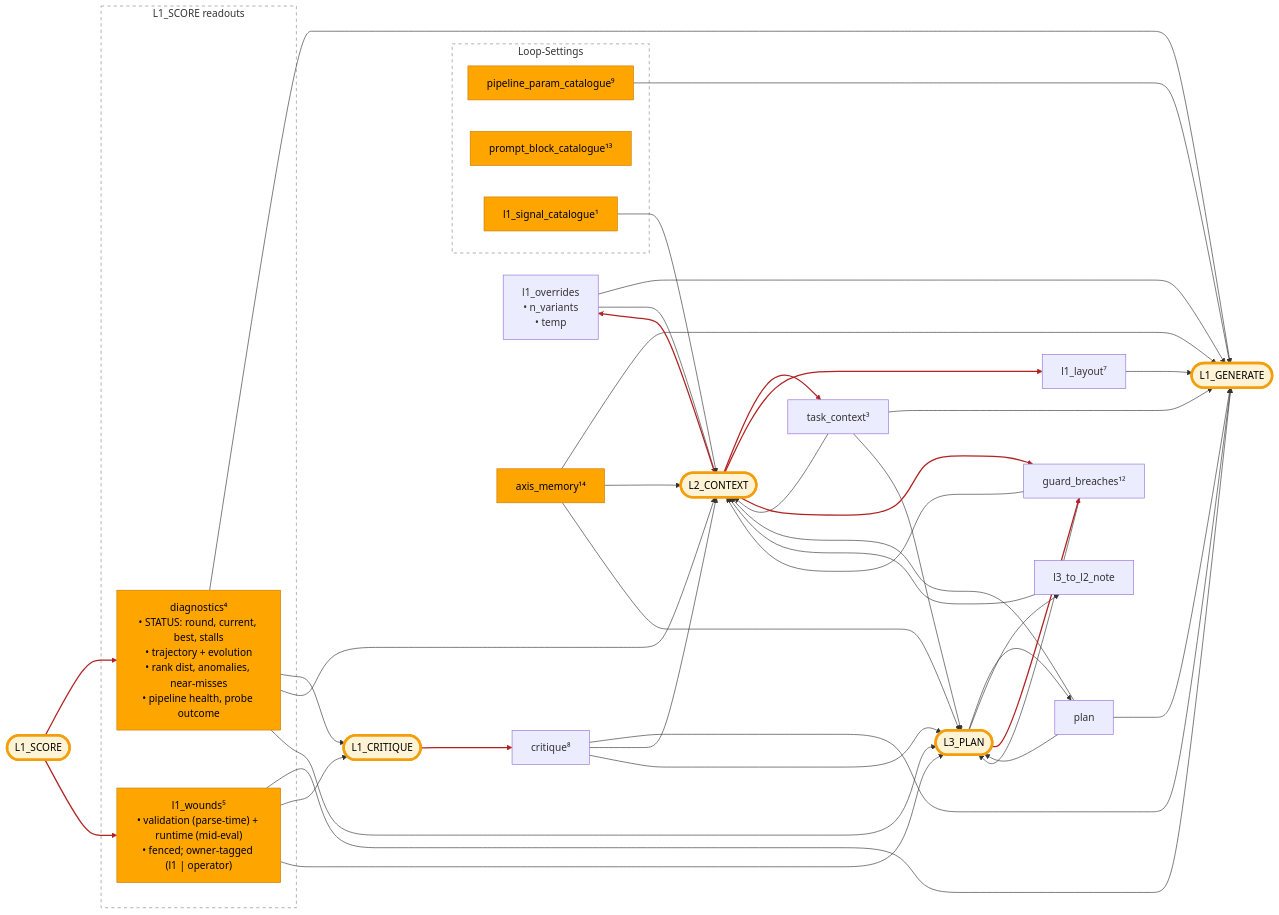
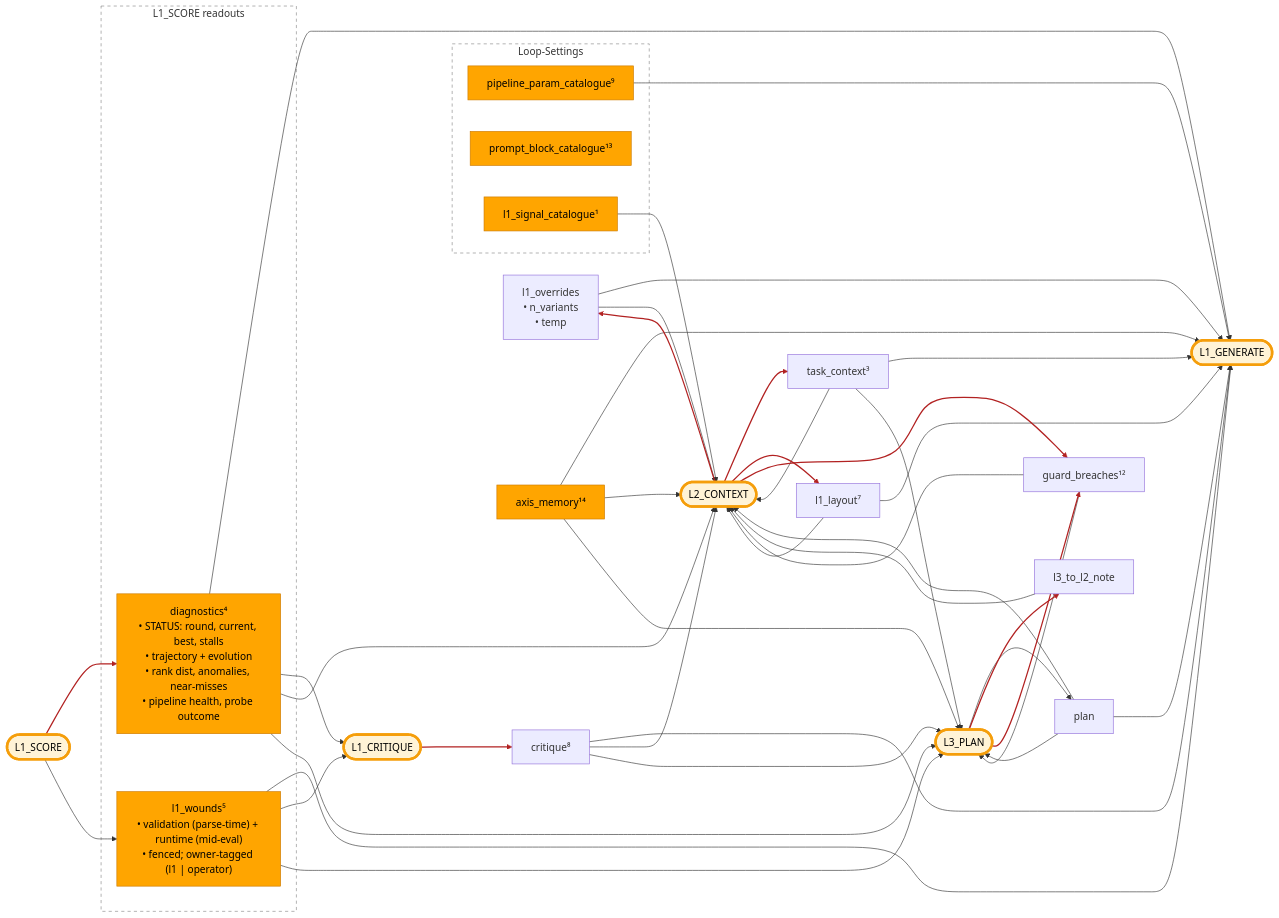
Before and after one commit to PromptPotter/prompt-potter-optimizer: the diagram in docs/developer/dispatch-hub.md, drawn with Mermaid. The commit also changed other lines of this file and 9 other files, not shown here.

```diff
--- a/docs/developer/dispatch-hub.md
+++ b/docs/developer/dispatch-hub.md
@@ -69,7 +69,8 @@
   end
   style L3G fill:none,stroke:none
 
-  %% L1_GENERATE inputs — sees its own wounds (l1_wounds). LAYOUT is structural.
+  %% L1_GENERATE inputs — sees its own wounds (l1_wounds). LAYOUT is structural AND read back by
+  %% its own writer: an edit is per slot, so L2 must see what it is about to overwrite.
   PLAN --> L1G
   TC --> L1G
   TUN --> L1G
@@ -96,6 +97,7 @@
   TC --> L2P
   CAT --> L2P
   AXM --> L2P
+  LAYOUT --> L2P
 
   %% L3_PLAN inputs — sink: sees both wound groups.
   PLAN --> L3P
```
